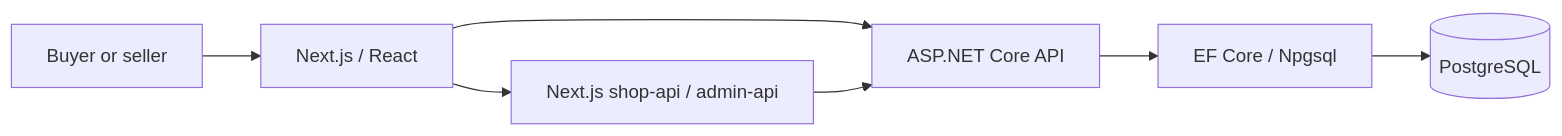
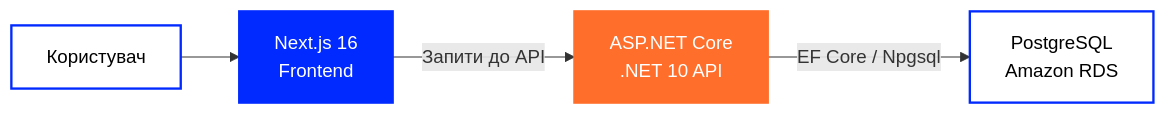
Before and after one commit to tr3ba/.github: the first of 2 diagrams in README.uk.md, drawn with Mermaid. The commit also changed other lines of this file, not shown here.

````diff
--- a/README.uk.md
+++ b/README.uk.md
@@ -111,9 +323,19 @@
-~~~mermaid
+```mermaid
 flowchart LR
-    USER["Buyer or seller"] --> WEB["Next.js / React"]
-    WEB --> API["ASP.NET Core API"]
-    API --> DATA["EF Core / Npgsql"]
-    DATA --> DB[("PostgreSQL")]
-    WEB --> ROUTES["Next.js shop-api / admin-api"]
-    ROUTES --> API
-~~~
+
+    USER["Користувач"]
+    FRONT["Next.js 16<br/>Frontend"]
+    API["ASP.NET Core<br/>.NET 10 API"]
+    DB["PostgreSQL<br/>Amazon RDS"]
+
+    USER --> FRONT
+
+    FRONT -->|"Запити до API"| API
+
+    API -->|"EF Core / Npgsql"| DB
+
+    style USER fill:#ffffff,color:#000000,stroke:#002AFF,stroke-width:2px
+    style FRONT fill:#002AFF,color:#ffffff,stroke:#002AFF,stroke-width:2px
+    style API fill:#FF6E2A,color:#ffffff,stroke:#FF6E2A,stroke-width:2px
+    style DB fill:#ffffff,color:#000000,stroke:#002AFF,stroke-width:2px
+```
````
